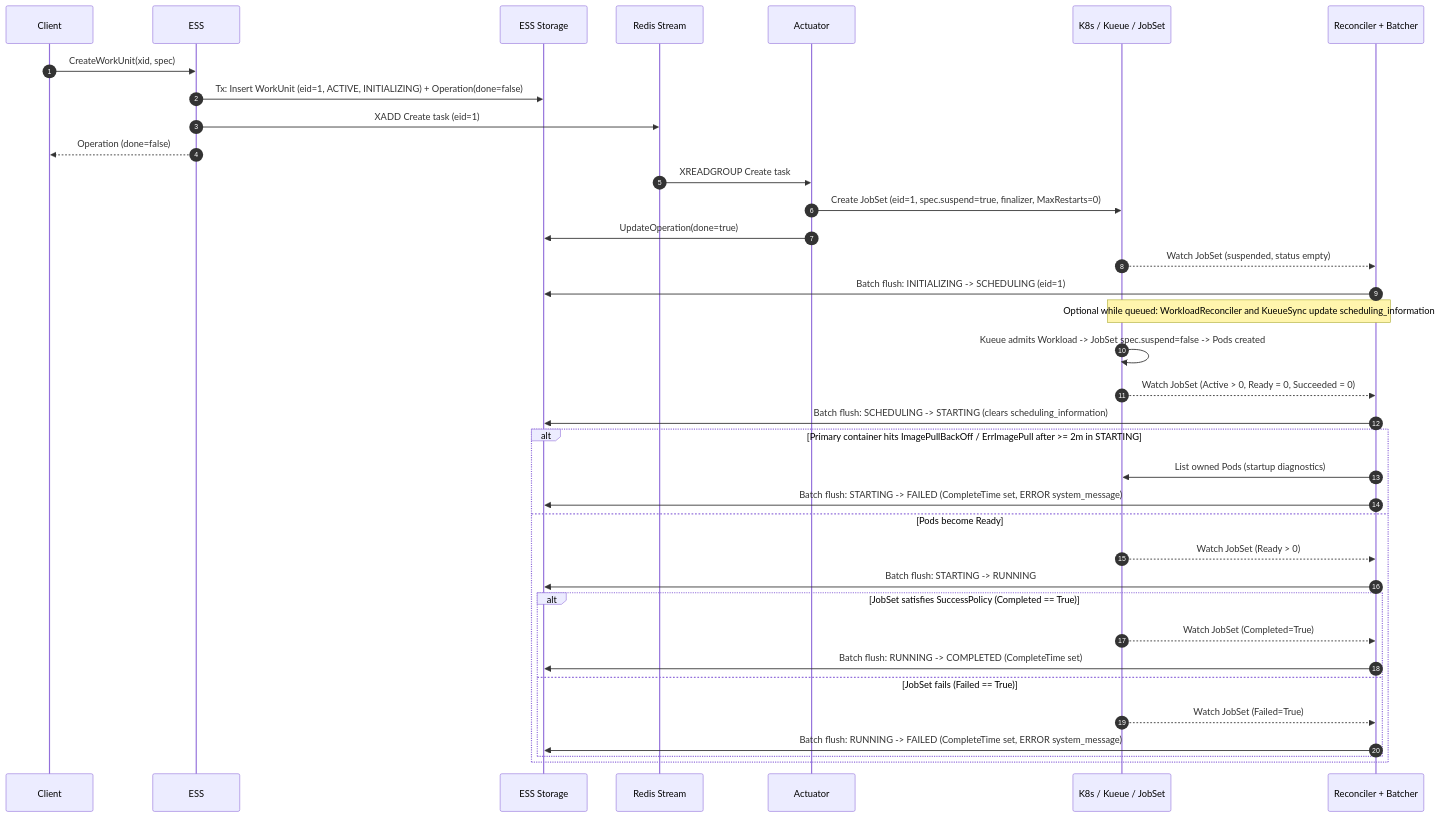
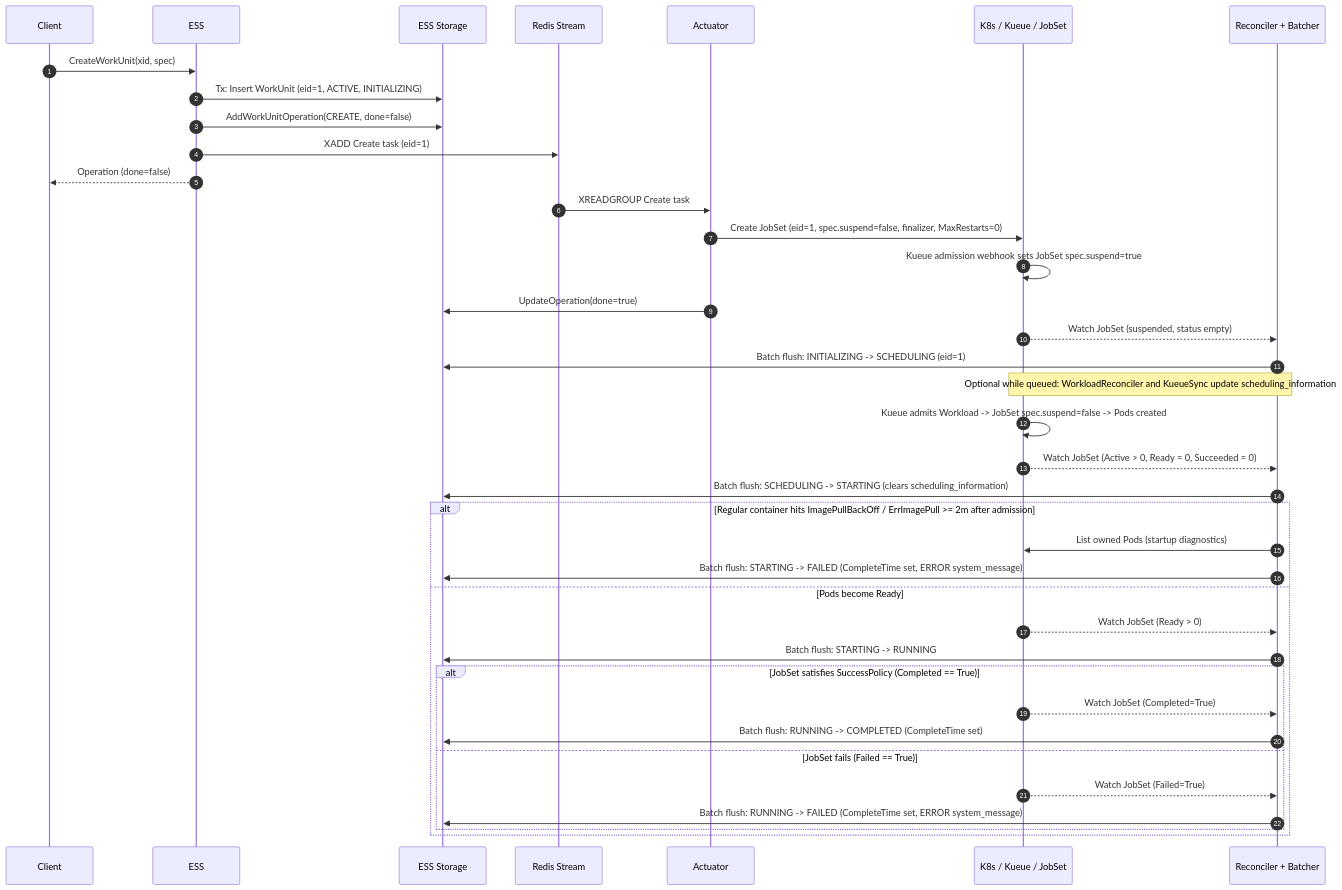
The fifth of 8 diagrams in docs/architecture/jobset_and_work_unit_states.md (google/xmc), drawn with Mermaid before and after one commit. The commit also changed other lines of this file, not shown here.

First line of the commit message:
docs(architecture): address PR #1411 review comments on state mapping doc

````diff
--- a/docs/architecture/jobset_and_work_unit_states.md
+++ b/docs/architecture/jobset_and_work_unit_states.md
@@ -511,43 +594,45 @@
 ```mermaid
 sequenceDiagram
     autonumber
     participant Client
     participant ESS
     participant DB as ESS Storage
     participant Redis as Redis Stream
     participant Act as Actuator
     participant K8s as K8s / Kueue / JobSet
     participant Rec as Reconciler + Batcher
 
     Client->>ESS: CreateWorkUnit(xid, spec)
-    ESS->>DB: Tx: Insert WorkUnit (eid=1, ACTIVE, INITIALIZING) + Operation(done=false)
+    ESS->>DB: Tx: Insert WorkUnit (eid=1, ACTIVE, INITIALIZING)
+    ESS->>DB: AddWorkUnitOperation(CREATE, done=false)
     ESS->>Redis: XADD Create task (eid=1)
     ESS-->>Client: Operation (done=false)
 
     Redis->>Act: XREADGROUP Create task
-    Act->>K8s: Create JobSet (eid=1, spec.suspend=true, finalizer, MaxRestarts=0)
+    Act->>K8s: Create JobSet (eid=1, spec.suspend=false, finalizer, MaxRestarts=0)
+    K8s->>K8s: Kueue admission webhook sets JobSet spec.suspend=true
     Act->>DB: UpdateOperation(done=true)
 
     K8s-->>Rec: Watch JobSet (suspended, status empty)
     Rec->>DB: Batch flush: INITIALIZING -> SCHEDULING (eid=1)
     Note over K8s,Rec: Optional while queued: WorkloadReconciler and KueueSync update scheduling_information
 
     K8s->>K8s: Kueue admits Workload -> JobSet spec.suspend=false -> Pods created
     K8s-->>Rec: Watch JobSet (Active > 0, Ready = 0, Succeeded = 0)
     Rec->>DB: Batch flush: SCHEDULING -> STARTING (clears scheduling_information)
 
-    alt Primary container hits ImagePullBackOff / ErrImagePull after >= 2m in STARTING
+    alt Regular container hits ImagePullBackOff / ErrImagePull >= 2m after admission
         Rec->>K8s: List owned Pods (startup diagnostics)
         Rec->>DB: Batch flush: STARTING -> FAILED (CompleteTime set, ERROR system_message)
     else Pods become Ready
         K8s-->>Rec: Watch JobSet (Ready > 0)
         Rec->>DB: Batch flush: STARTING -> RUNNING
         alt JobSet satisfies SuccessPolicy (Completed == True)
             K8s-->>Rec: Watch JobSet (Completed=True)
             Rec->>DB: Batch flush: RUNNING -> COMPLETED (CompleteTime set)
         else JobSet fails (Failed == True)
             K8s-->>Rec: Watch JobSet (Failed=True)
             Rec->>DB: Batch flush: RUNNING -> FAILED (CompleteTime set, ERROR system_message)
         end
     end
 ```
````
